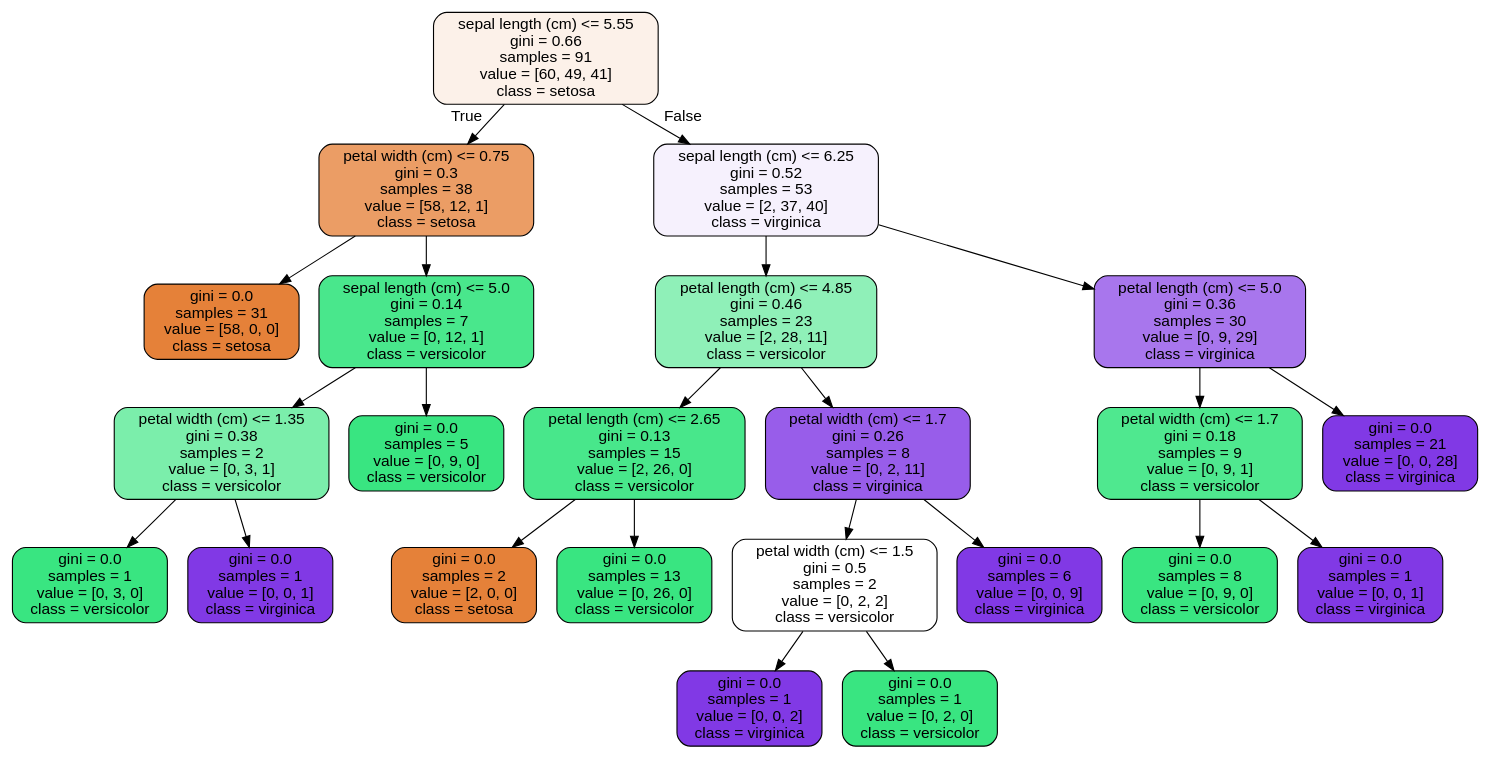
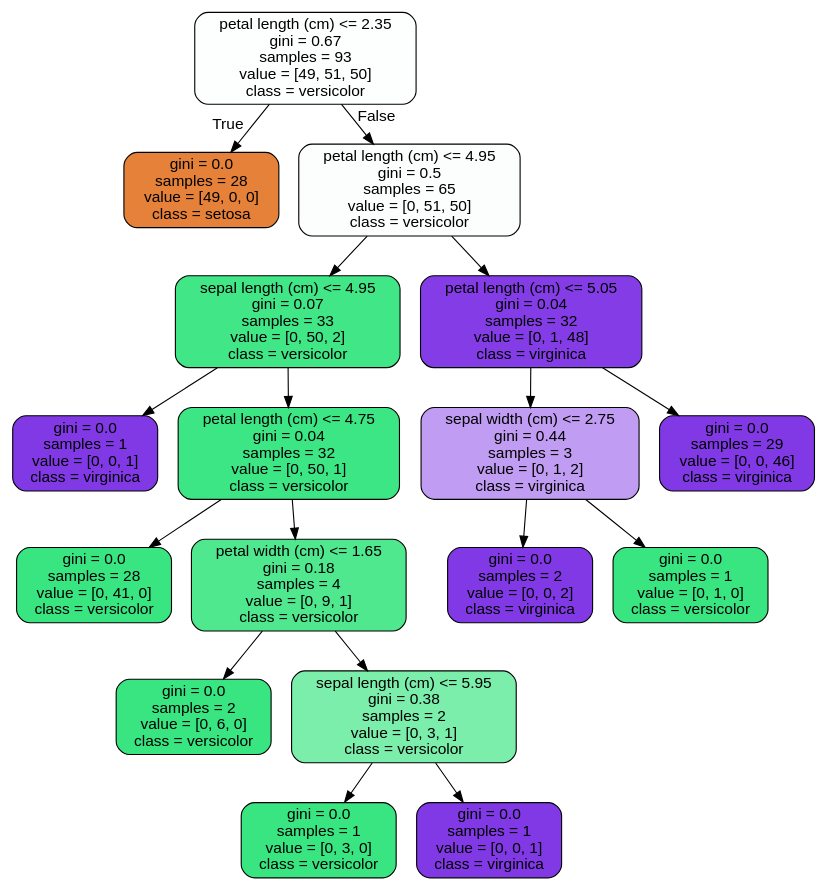
The diagram in RandomForest Covid Case Study_06302020/tree.dot (lutimoth/SpringboardMay2022), drawn with Graphviz before and after one commit. The commit also changed 3 other files, not shown here.

```diff
--- a/RandomForest Covid Case Study_06302020/tree.dot
+++ b/RandomForest Covid Case Study_06302020/tree.dot
@@ -1,49 +1,37 @@
 digraph Tree {
 node [shape=box, style="filled, rounded", color="black", fontname=helvetica] ;
 edge [fontname=helvetica] ;
-0 [label="sepal length (cm) <= 5.55\ngini = 0.66\nsamples = 91\nvalue = [60, 49, 41]\nclass = setosa", fillcolor="#fcf1e9"] ;
-1 [label="petal width (cm) <= 0.75\ngini = 0.3\nsamples = 38\nvalue = [58, 12, 1]\nclass = setosa", fillcolor="#eb9d65"] ;
+0 [label="petal length (cm) <= 2.35\ngini = 0.67\nsamples = 93\nvalue = [49, 51, 50]\nclass = versicolor", fillcolor="#fdfffe"] ;
+1 [label="gini = 0.0\nsamples = 28\nvalue = [49, 0, 0]\nclass = setosa", fillcolor="#e58139"] ;
 0 -> 1 [labeldistance=2.5, labelangle=45, headlabel="True"] ;
-2 [label="gini = 0.0\nsamples = 31\nvalue = [58, 0, 0]\nclass = setosa", fillcolor="#e58139"] ;
-1 -> 2 ;
-3 [label="sepal length (cm) <= 5.0\ngini = 0.14\nsamples = 7\nvalue = [0, 12, 1]\nclass = versicolor", fillcolor="#49e78c"] ;
-1 -> 3 ;
-4 [label="petal width (cm) <= 1.35\ngini = 0.38\nsamples = 2\nvalue = [0, 3, 1]\nclass = versicolor", fillcolor="#7beeab"] ;
+2 [label="petal length (cm) <= 4.95\ngini = 0.5\nsamples = 65\nvalue = [0, 51, 50]\nclass = versicolor", fillcolor="#fbfefd"] ;
+0 -> 2 [labeldistance=2.5, labelangle=-45, headlabel="False"] ;
+3 [label="sepal length (cm) <= 4.95\ngini = 0.07\nsamples = 33\nvalue = [0, 50, 2]\nclass = versicolor", fillcolor="#41e686"] ;
+2 -> 3 ;
+4 [label="gini = 0.0\nsamples = 1\nvalue = [0, 0, 1]\nclass = virginica", fillcolor="#8139e5"] ;
 3 -> 4 ;
-5 [label="gini = 0.0\nsamples = 1\nvalue = [0, 3, 0]\nclass = versicolor", fillcolor="#39e581"] ;
-4 -> 5 ;
-6 [label="gini = 0.0\nsamples = 1\nvalue = [0, 0, 1]\nclass = virginica", fillcolor="#8139e5"] ;
-4 -> 6 ;
-7 [label="gini = 0.0\nsamples = 5\nvalue = [0, 9, 0]\nclass = versicolor", fillcolor="#39e581"] ;
-3 -> 7 ;
-8 [label="sepal length (cm) <= 6.25\ngini = 0.52\nsamples = 53\nvalue = [2, 37, 40]\nclass = virginica", fillcolor="#f6f1fd"] ;
-0 -> 8 [labeldistance=2.5, labelangle=-45, headlabel="False"] ;
-9 [label="petal length (cm) <= 4.85\ngini = 0.46\nsamples = 23\nvalue = [2, 28, 11]\nclass = versicolor", fillcolor="#8ff0b8"] ;
-8 -> 9 ;
-10 [label="petal length (cm) <= 2.65\ngini = 0.13\nsamples = 15\nvalue = [2, 26, 0]\nclass = versicolor", fillcolor="#48e78b"] ;
+5 [label="petal length (cm) <= 4.75\ngini = 0.04\nsamples = 32\nvalue = [0, 50, 1]\nclass = versicolor", fillcolor="#3de684"] ;
+3 -> 5 ;
+6 [label="gini = 0.0\nsamples = 28\nvalue = [0, 41, 0]\nclass = versicolor", fillcolor="#39e581"] ;
+5 -> 6 ;
+7 [label="petal width (cm) <= 1.65\ngini = 0.18\nsamples = 4\nvalue = [0, 9, 1]\nclass = versicolor", fillcolor="#4fe88f"] ;
+5 -> 7 ;
+8 [label="gini = 0.0\nsamples = 2\nvalue = [0, 6, 0]\nclass = versicolor", fillcolor="#39e581"] ;
+7 -> 8 ;
+9 [label="sepal length (cm) <= 5.95\ngini = 0.38\nsamples = 2\nvalue = [0, 3, 1]\nclass = versicolor", fillcolor="#7beeab"] ;
+7 -> 9 ;
+10 [label="gini = 0.0\nsamples = 1\nvalue = [0, 3, 0]\nclass = versicolor", fillcolor="#39e581"] ;
 9 -> 10 ;
-11 [label="gini = 0.0\nsamples = 2\nvalue = [2, 0, 0]\nclass = setosa", fillcolor="#e58139"] ;
-10 -> 11 ;
-12 [label="gini = 0.0\nsamples = 13\nvalue = [0, 26, 0]\nclass = versicolor", fillcolor="#39e581"] ;
-10 -> 12 ;
-13 [label="petal width (cm) <= 1.7\ngini = 0.26\nsamples = 8\nvalue = [0, 2, 11]\nclass = virginica", fillcolor="#985dea"] ;
-9 -> 13 ;
-14 [label="petal width (cm) <= 1.5\ngini = 0.5\nsamples = 2\nvalue = [0, 2, 2]\nclass = versicolor", fillcolor="#ffffff"] ;
+11 [label="gini = 0.0\nsamples = 1\nvalue = [0, 0, 1]\nclass = virginica", fillcolor="#8139e5"] ;
+9 -> 11 ;
+12 [label="petal length (cm) <= 5.05\ngini = 0.04\nsamples = 32\nvalue = [0, 1, 48]\nclass = virginica", fillcolor="#843de6"] ;
+2 -> 12 ;
+13 [label="sepal width (cm) <= 2.75\ngini = 0.44\nsamples = 3\nvalue = [0, 1, 2]\nclass = virginica", fillcolor="#c09cf2"] ;
+12 -> 13 ;
+14 [label="gini = 0.0\nsamples = 2\nvalue = [0, 0, 2]\nclass = virginica", fillcolor="#8139e5"] ;
 13 -> 14 ;
-15 [label="gini = 0.0\nsamples = 1\nvalue = [0, 0, 2]\nclass = virginica", fillcolor="#8139e5"] ;
-14 -> 15 ;
-16 [label="gini = 0.0\nsamples = 1\nvalue = [0, 2, 0]\nclass = versicolor", fillcolor="#39e581"] ;
-14 -> 16 ;
-17 [label="gini = 0.0\nsamples = 6\nvalue = [0, 0, 9]\nclass = virginica", fillcolor="#8139e5"] ;
-13 -> 17 ;
-18 [label="petal length (cm) <= 5.0\ngini = 0.36\nsamples = 30\nvalue = [0, 9, 29]\nclass = virginica", fillcolor="#a876ed"] ;
-8 -> 18 ;
-19 [label="petal width (cm) <= 1.7\ngini = 0.18\nsamples = 9\nvalue = [0, 9, 1]\nclass = versicolor", fillcolor="#4fe88f"] ;
-18 -> 19 ;
-20 [label="gini = 0.0\nsamples = 8\nvalue = [0, 9, 0]\nclass = versicolor", fillcolor="#39e581"] ;
-19 -> 20 ;
-21 [label="gini = 0.0\nsamples = 1\nvalue = [0, 0, 1]\nclass = virginica", fillcolor="#8139e5"] ;
-19 -> 21 ;
-22 [label="gini = 0.0\nsamples = 21\nvalue = [0, 0, 28]\nclass = virginica", fillcolor="#8139e5"] ;
-18 -> 22 ;
+15 [label="gini = 0.0\nsamples = 1\nvalue = [0, 1, 0]\nclass = versicolor", fillcolor="#39e581"] ;
+13 -> 15 ;
+16 [label="gini = 0.0\nsamples = 29\nvalue = [0, 0, 46]\nclass = virginica", fillcolor="#8139e5"] ;
+12 -> 16 ;
 }
```
